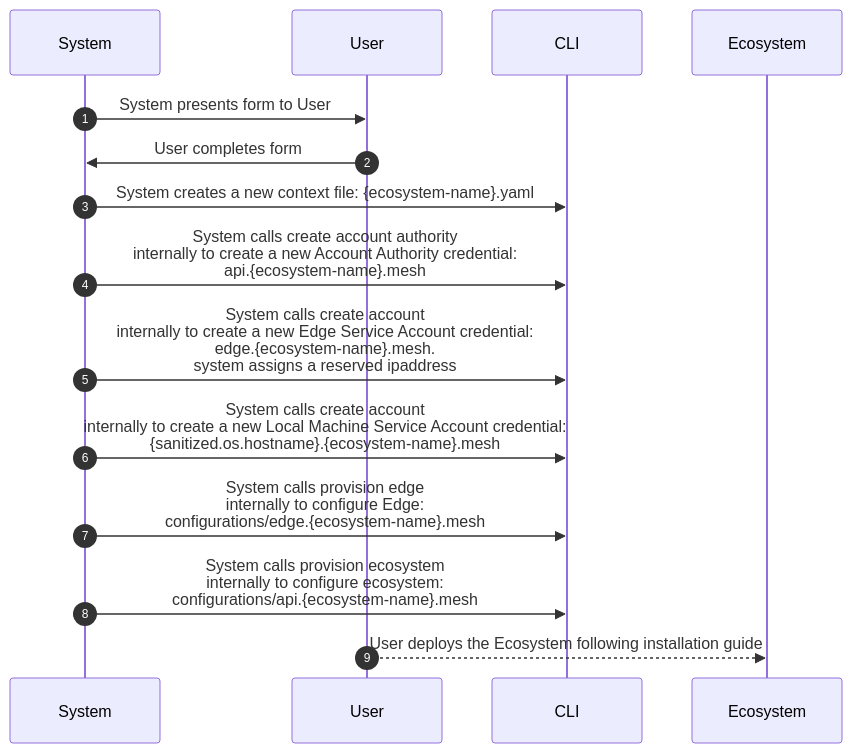
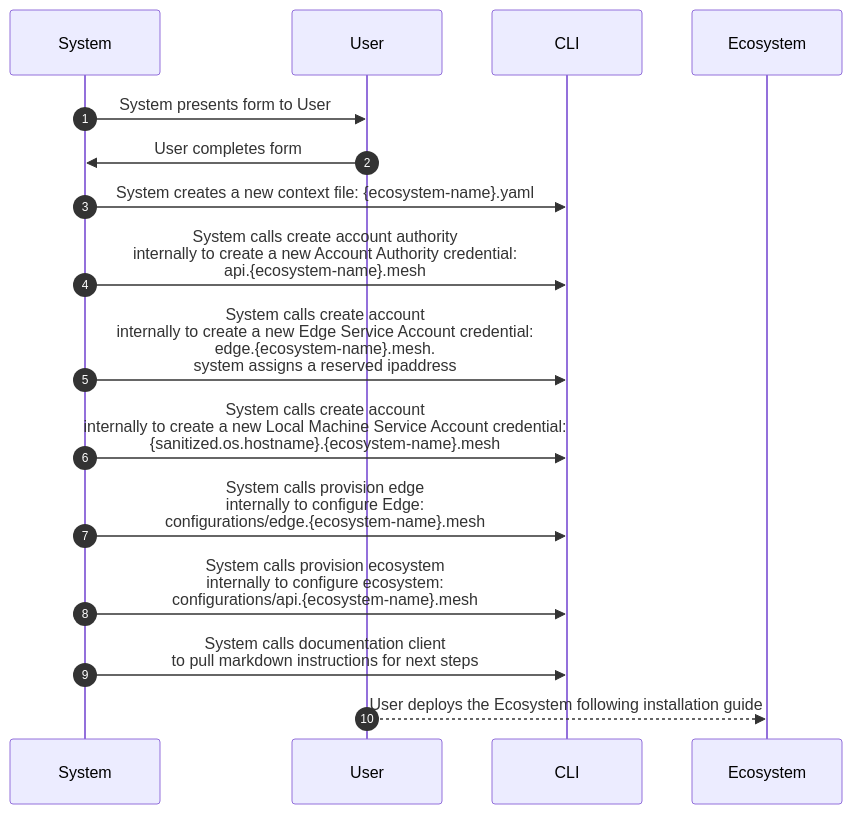
Before and after one commit to openecosystems/ecosystem: the diagram in apps/clients/public/cli/v2alpha/oeco/docs/ecosystem-create.md, drawn with Mermaid. The commit also changed 17 other files, not shown here.

````diff
--- a/apps/clients/public/cli/v2alpha/oeco/docs/ecosystem-create.md
+++ b/apps/clients/public/cli/v2alpha/oeco/docs/ecosystem-create.md
@@ -50,18 +50,19 @@
 ```mermaid
 sequenceDiagram
     autonumber
     participant S as System
     participant U as User
     participant CLI as CLI
     participant E as Ecosystem
     links E: {"Details": "https://docs.openecosystems.com/ecosystem"}
     S->>U: System presents form to User
     U->>S: User completes form
     S->>CLI: System creates a new context file: {ecosystem-name}.yaml
     S->>CLI: System calls create account authority <br/>internally to create a new Account Authority credential: <br/>api.{ecosystem-name}.mesh
     S->>CLI: System calls create account <br/>internally to create a new Edge Service Account credential: <br/>edge.{ecosystem-name}.mesh. <br/>system assigns a reserved ipaddress
     S->>CLI: System calls create account <br/>internally to create a new Local Machine Service Account credential: <br/>{sanitized.os.hostname}.{ecosystem-name}.mesh
     S->>CLI: System calls provision edge <br/>internally to configure Edge: <br/>configurations/edge.{ecosystem-name}.mesh
     S->>CLI: System calls provision ecosystem <br/>internally to configure ecosystem: <br/>configurations/api.{ecosystem-name}.mesh
+    S->>CLI: System calls documentation client <br/>to pull markdown instructions for next steps
     U-->>E: User deploys the Ecosystem following installation guide
 ```
````
